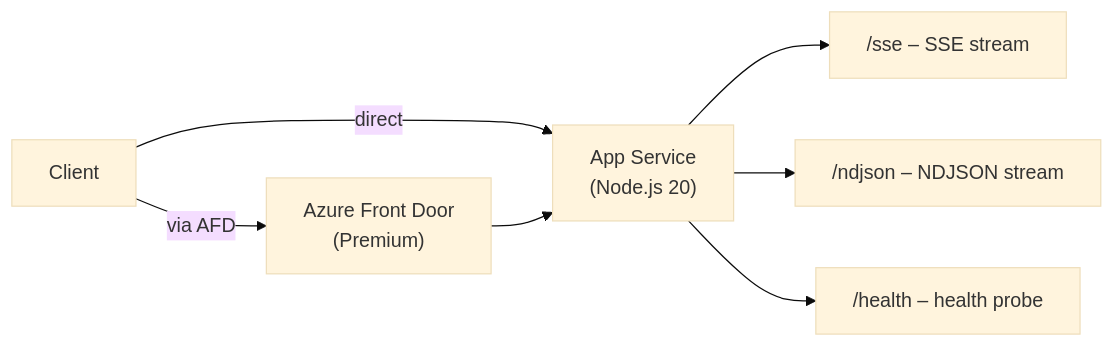
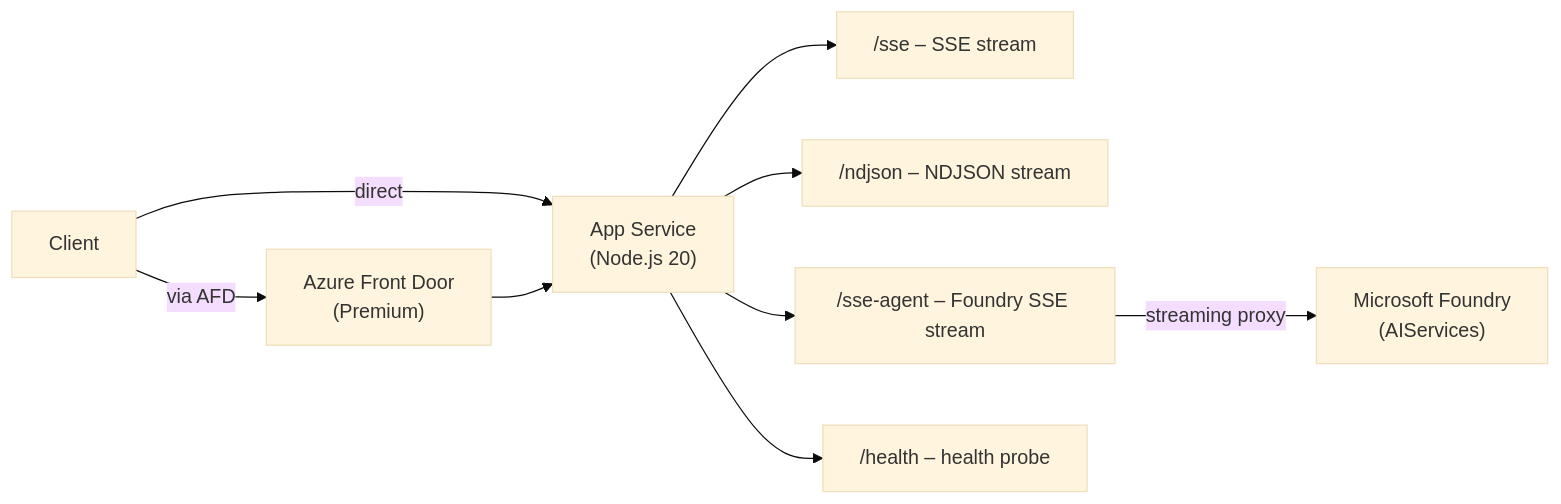
The diagram in README.md (rukasakurai/azure-frontdoor-streaming-test), drawn with Mermaid (base theme) before and after one commit. The commit also changed other lines of this file and 6 other files, not shown here.

First line of the commit message:
Add Microsoft Foundry Agent Service SSE endpoint (/sse-agent)

````diff
--- a/README.md
+++ b/README.md
@@ -7,9 +7,11 @@
 ```mermaid
 flowchart LR
     Client -->|direct| AppService["App Service\n(Node.js 20)"]
     Client -->|via AFD| AFD["Azure Front Door\n(Premium)"]
     AFD --> AppService
     AppService --> SSE["/sse – SSE stream"]
     AppService --> NDJSON["/ndjson – NDJSON stream"]
+    AppService --> SSEAgent["/sse-agent – Foundry SSE stream"]
     AppService --> Health["/health – health probe"]
+    SSEAgent -->|streaming proxy| Foundry["Microsoft Foundry\n(AIServices)"]
 ```
````
